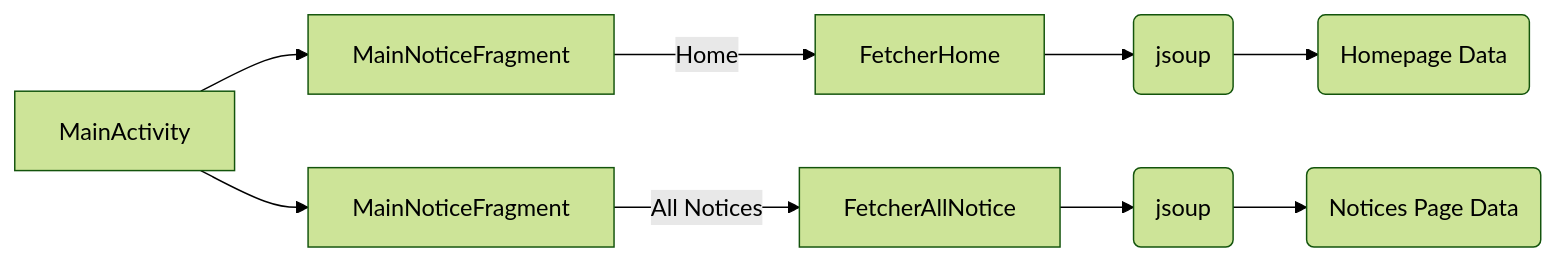
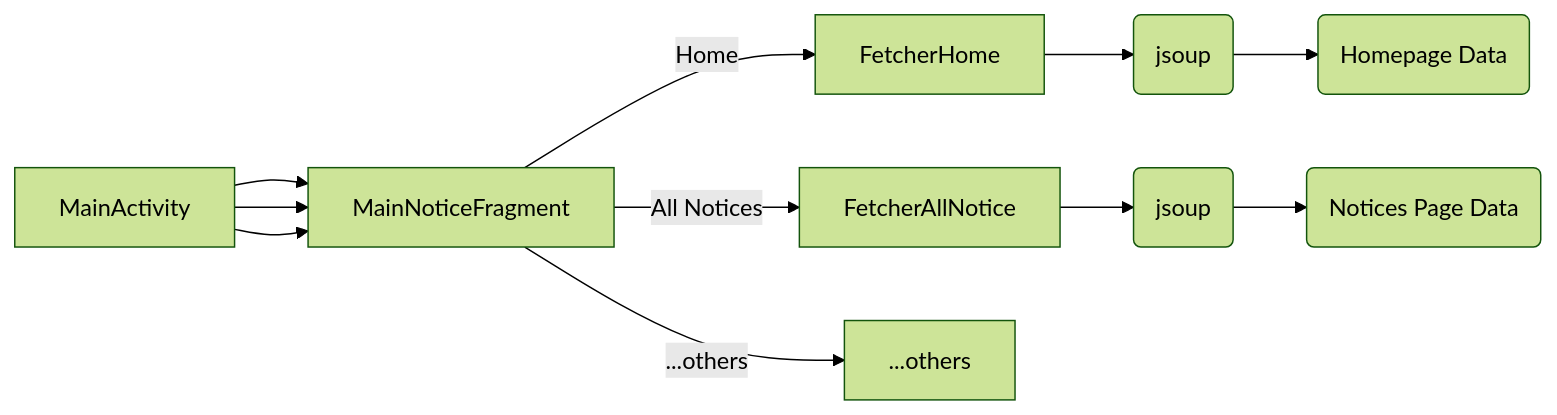
One commit to anandbibek/NITA_Notifications changed the first of 2 diagrams in README.md. Above: the diagram before and after it, drawn with Mermaid (forest theme). The commit also changed other lines of this file, not shown here.

````diff
--- a/README.md
+++ b/README.md
@@ -23,6 +23,7 @@
 ```mermaid
 graph LR
 A[MainActivity] --> B[MainNoticeFragment] -- Home --> F[FetcherHome] --> H(jsoup) --> fetch(Homepage Data)
-A[MainActivity] --> C[MainNoticeFragment] -- All Notices --> G[FetcherAllNotice] --> I(jsoup) --> fetch2(Notices Page Data)
+A[MainActivity] --> B -- All Notices --> G[FetcherAllNotice] --> I(jsoup) --> fetch2(Notices Page Data)
+A --> B -- ...others --> M[...others]
 
 ```
````
